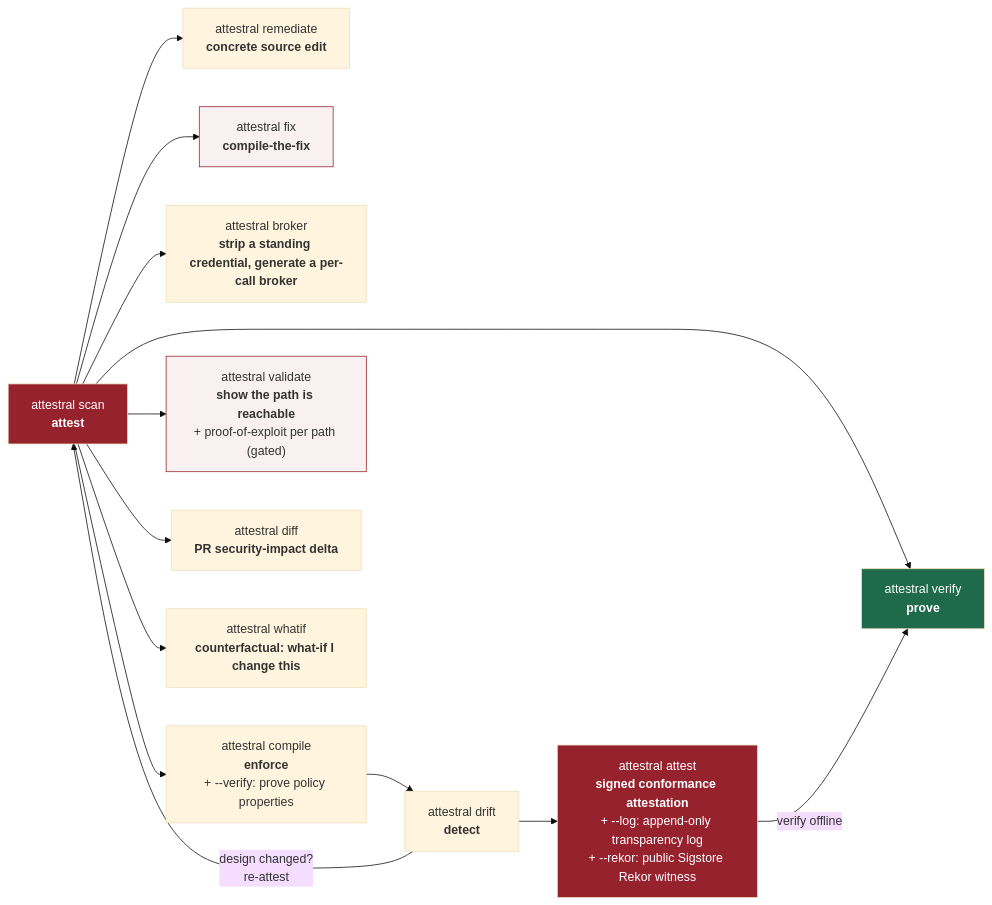
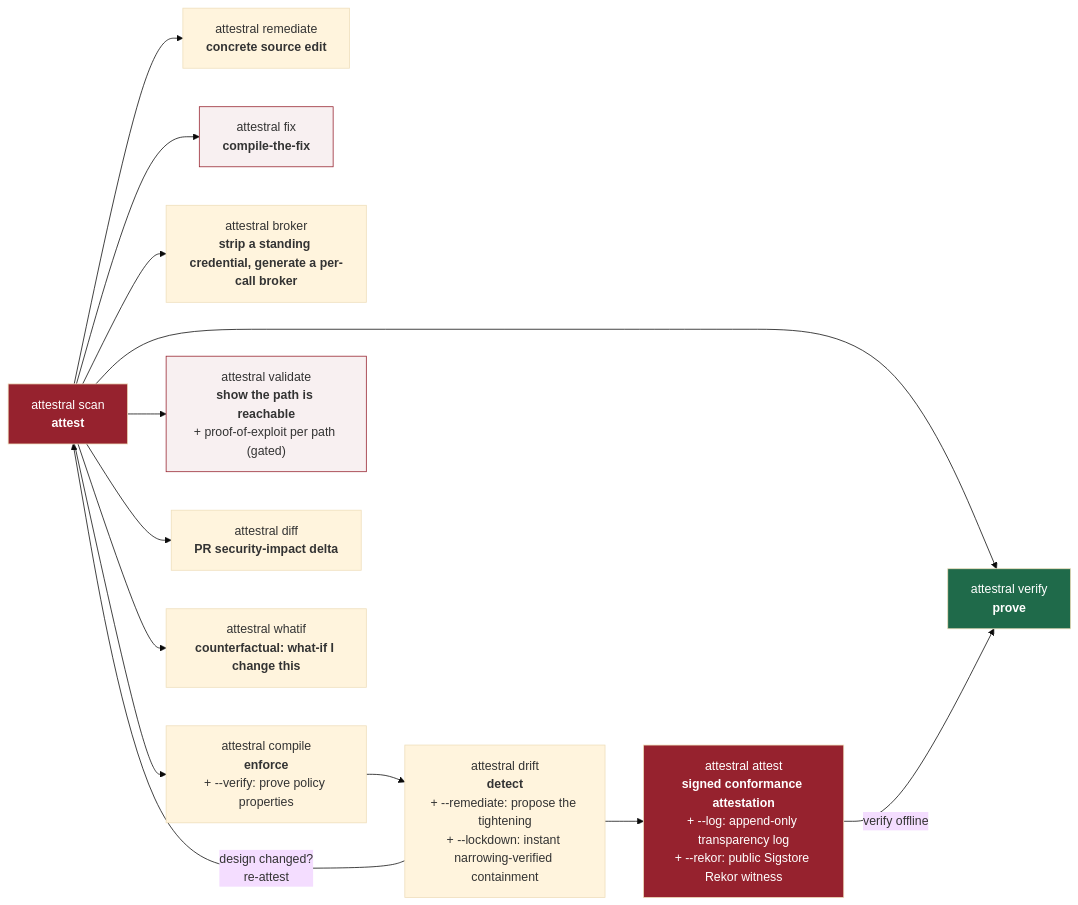
Before and after one commit to attestral-labs/attestral: the second of 4 diagrams in README.md, drawn with Mermaid (base theme). The commit also changed other lines of this file and 6 other files, not shown here.

````diff
--- a/README.md
+++ b/README.md
@@ -287,20 +287,20 @@
 ```mermaid
 flowchart LR
     A["attestral scan<br/><b>attest</b>"] --> B["attestral verify<br/><b>prove</b>"]
     A --> R["attestral remediate<br/><b>concrete source edit</b>"]
     A --> F["attestral fix<br/><b>compile-the-fix</b>"]
     A --> BR["attestral broker<br/><b>strip a standing credential, generate a per-call broker</b>"]
     A --> C["attestral compile<br/><b>enforce</b><br/>+ --verify: prove policy properties"]
-    C --> D["attestral drift<br/><b>detect</b>"]
+    C --> D["attestral drift<br/><b>detect</b><br/>+ --remediate: propose the tightening<br/>+ --lockdown: instant narrowing-verified containment"]
     D --> AT["attestral attest<br/><b>signed conformance attestation</b><br/>+ --log: append-only transparency log<br/>+ --rekor: public Sigstore Rekor witness"]
     AT -->|"verify offline"| B
     D -->|"design changed?<br/>re-attest"| A
     A --> V["attestral validate<br/><b>show the path is reachable</b><br/>+ proof-of-exploit per path (gated)"]
     A --> DF["attestral diff<br/><b>PR security-impact delta</b>"]
     A --> WI["attestral whatif<br/><b>counterfactual: what-if I change this</b>"]
     style A fill:#96222E,color:#fff
     style B fill:#1F6A4A,color:#fff
     style F fill:#96222E11,stroke:#96222E
     style V fill:#96222E11,stroke:#96222E
     style AT fill:#96222E,color:#fff
 ```
````
